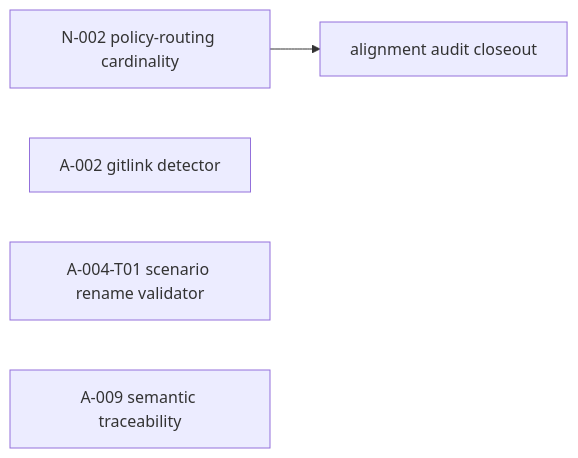
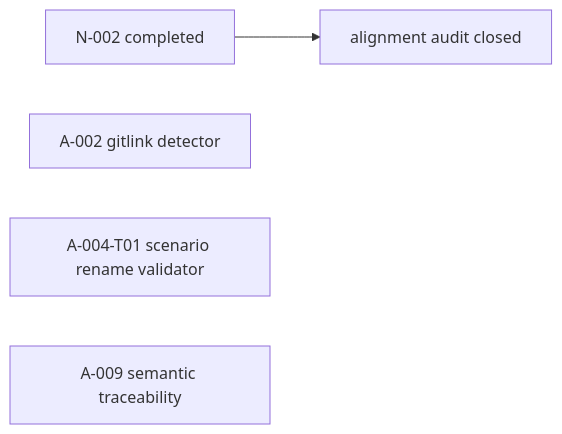
One commit to ethan-jiang-1/ai_deerflow_deep_research_v2 changed the diagram in _backlog/todos/README.md. Above: the diagram before and after it, drawn with Mermaid. The commit also changed other lines of this file and 15 other files, not shown here.

Commit message:
docs(openspec): close alignment audit after policy routing archive

````diff
--- a/_backlog/todos/README.md
+++ b/_backlog/todos/README.md
@@ -40,7 +39,7 @@
 ```mermaid
 flowchart LR
-  N002["N-002 policy-routing cardinality"] --> Close["alignment audit closeout"]
+  N002["N-002 completed"] --> Close["alignment audit closed"]
   A002["A-002 gitlink detector"]
   T01["A-004-T01 scenario rename validator"]
   A009["A-009 semantic traceability"]
 ```
````
